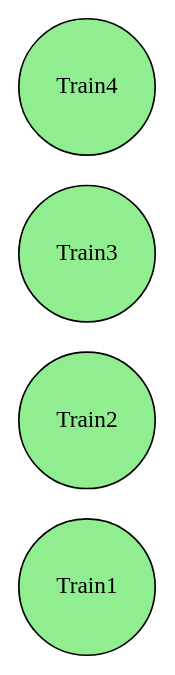
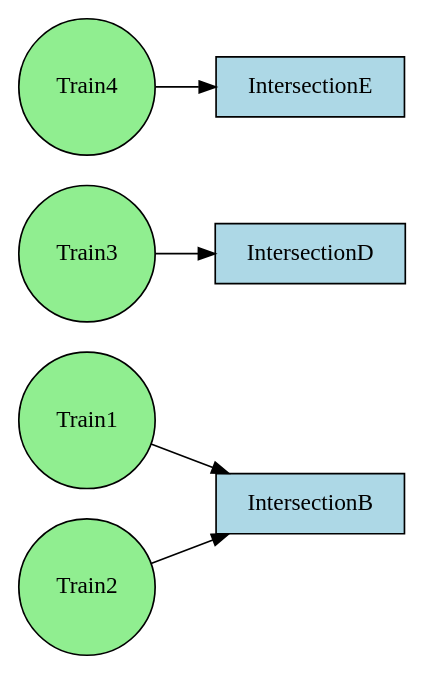
One commit to Epsilon157/Group-D changed the diagram in rag.dot. Above: the diagram before and after it, drawn with Graphviz. The commit also changed 3 other files, not shown here.

```diff
--- a/rag.dot
+++ b/rag.dot
@@ -1,8 +1,12 @@
 digraph RAG {
   rankdir=LR;
   node [shape=rectangle, style=filled, fillcolor=lightblue];
   "Train1" [shape=circle, fillcolor=lightgreen];
+  "Train1" -> "IntersectionB";
   "Train2" [shape=circle, fillcolor=lightgreen];
+  "Train2" -> "IntersectionB";
   "Train3" [shape=circle, fillcolor=lightgreen];
+  "Train3" -> "IntersectionD";
   "Train4" [shape=circle, fillcolor=lightgreen];
+  "Train4" -> "IntersectionE";
 }
```
